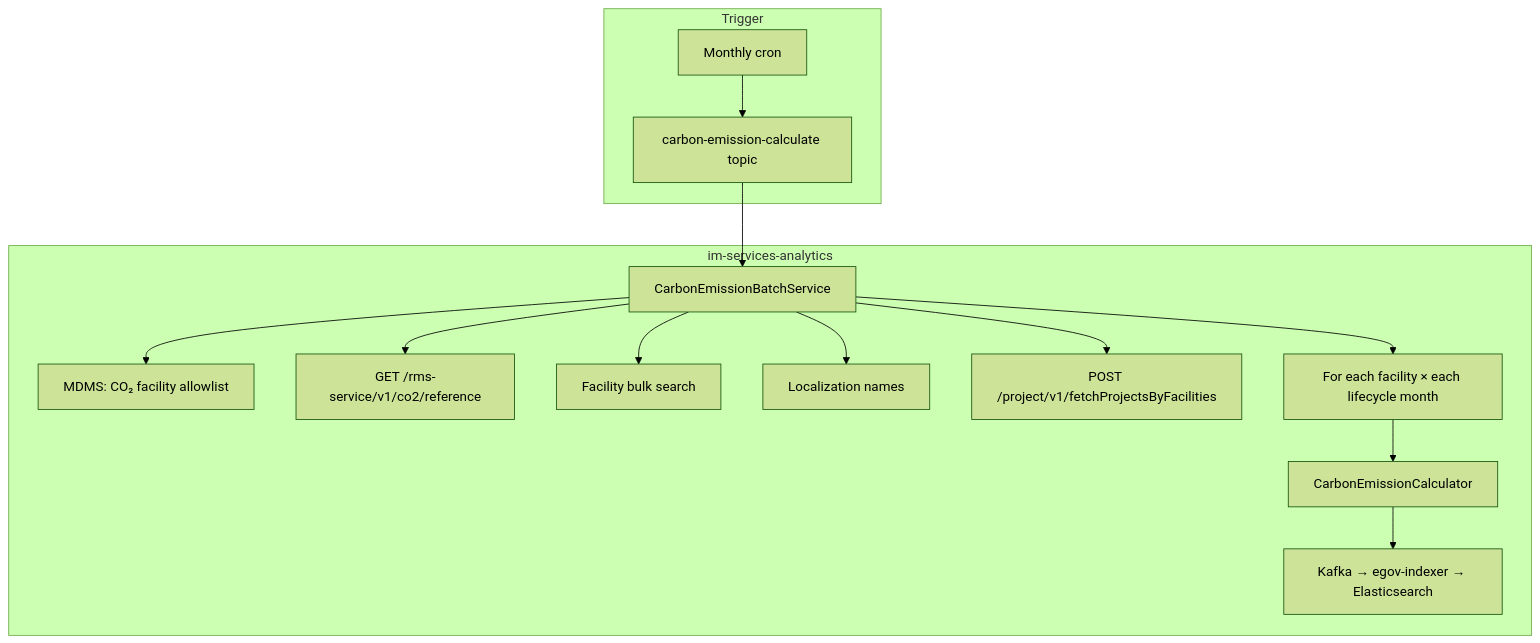
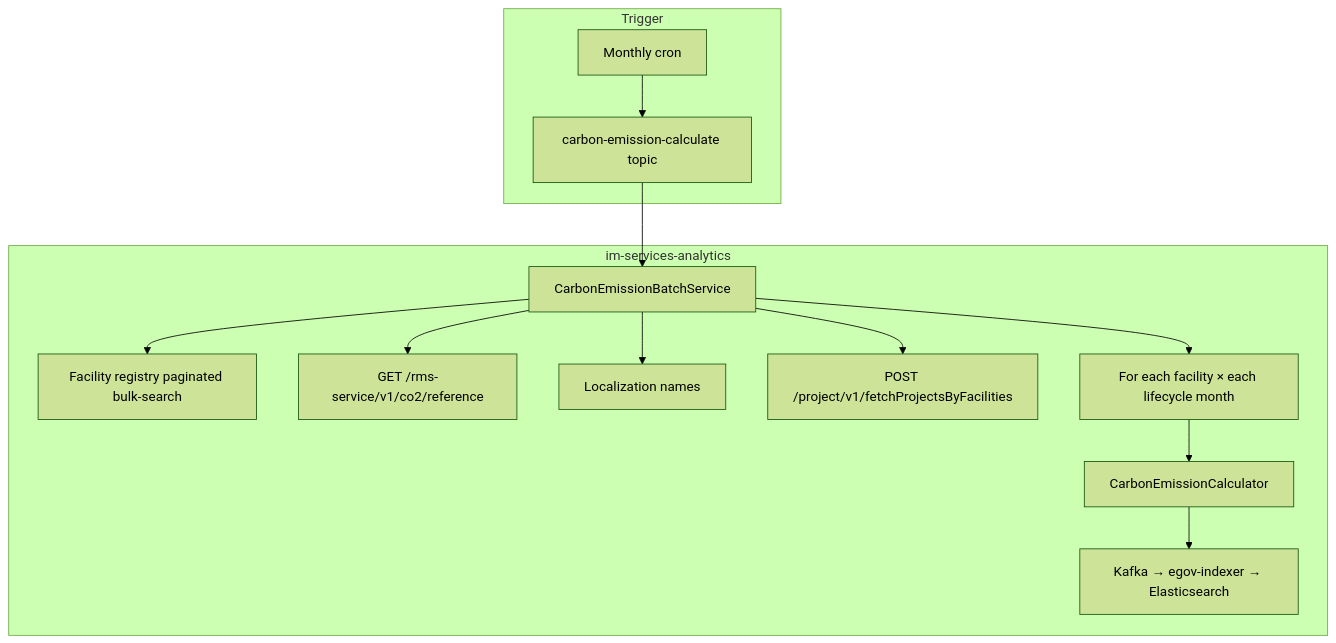
Before and after one commit to Selco-Foundation/E4H_Digital_Platform: the first of 2 diagrams in docs/rms-service/CO2_CALCULATION_FLOW.md, drawn with Mermaid (forest theme). The commit also changed other lines of this file and 1 other file, not shown here.

````diff
--- a/docs/rms-service/CO2_CALCULATION_FLOW.md
+++ b/docs/rms-service/CO2_CALCULATION_FLOW.md
@@ -7,18 +7,17 @@
 ```mermaid
 flowchart TB
   subgraph trigger [Trigger]
     Cron[Monthly cron] --> Kafka[carbon-emission-calculate topic]
   end
 
   subgraph analytics [im-services-analytics]
     Kafka --> Consumer[CarbonEmissionBatchService]
-    Consumer --> MDMS[MDMS: CO₂ facility allowlist]
+    Consumer --> Fac[Facility registry paginated bulk-search]
     Consumer --> Ref[GET /rms-service/v1/co2/reference]
-    Consumer --> Fac[Facility bulk search]
     Consumer --> Loc[Localization names]
     Consumer --> Proj[POST /project/v1/fetchProjectsByFacilities]
     Consumer --> Loop[For each facility × each lifecycle month]
     Loop --> Calc[CarbonEmissionCalculator]
     Calc --> Index[Kafka → egov-indexer → Elasticsearch]
   end
 ```
````
